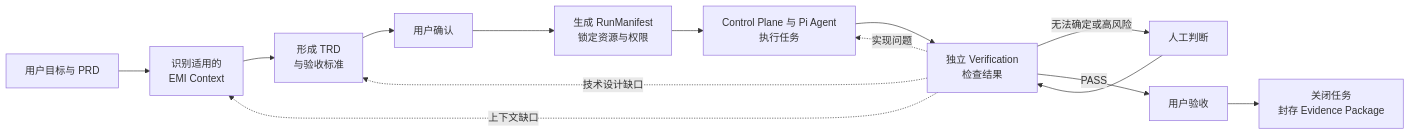
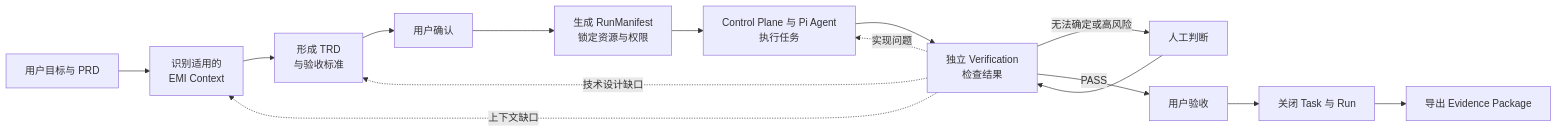
The first of 3 diagrams in README.md (jerrywang33/emi-harness), drawn with Mermaid before and after one commit. The commit also changed other lines of this file and 2 other files, not shown here.

Commit message:
docs: define final delivery acceptance
Require an authorized human to accept exact verified artifacts before atomically completing Task and Run. Keep delivery side effects before acceptance and make the final evidence package an idempotent derived export.

````diff
--- a/README.md
+++ b/README.md
@@ -74,16 +74,17 @@
 ```mermaid
 flowchart LR
     goal["用户目标与 PRD"] --> context["识别适用的<br/>EMI Context"]
     context --> trd["形成 TRD<br/>与验收标准"]
     trd --> approve["用户确认"]
     approve --> compose["生成 RunManifest<br/>锁定资源与权限"]
     compose --> execute["Control Plane 与 Pi Agent<br/>执行任务"]
     execute --> verify["独立 Verification<br/>检查结果"]
     verify -->|无法确定或高风险| human["人工判断"]
     human --> verify
     verify -->|PASS| accept["用户验收"]
-    accept --> close["关闭任务<br/>封存 Evidence Package"]
+    accept --> close["关闭 Task 与 Run"]
+    close --> evidence["导出 Evidence Package"]
     verify -. 上下文缺口 .-> context
     verify -. 技术设计缺口 .-> trd
     verify -. 实现问题 .-> execute
 ```
````
